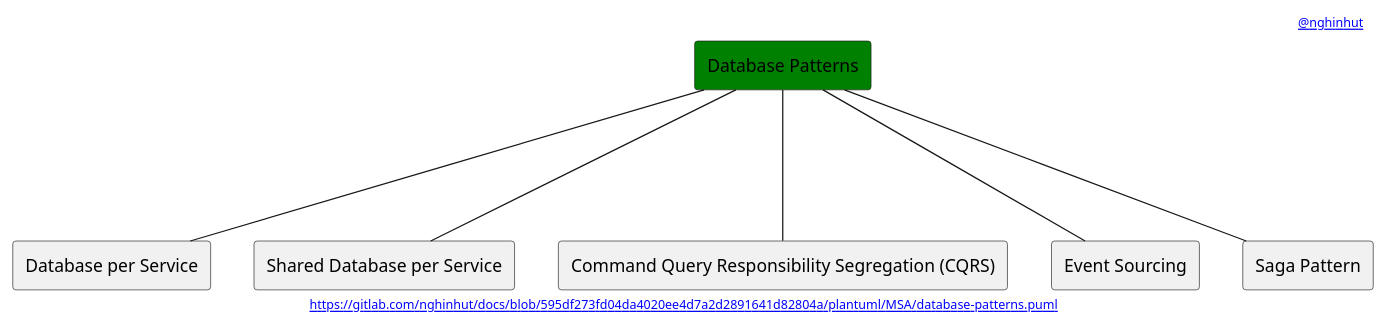
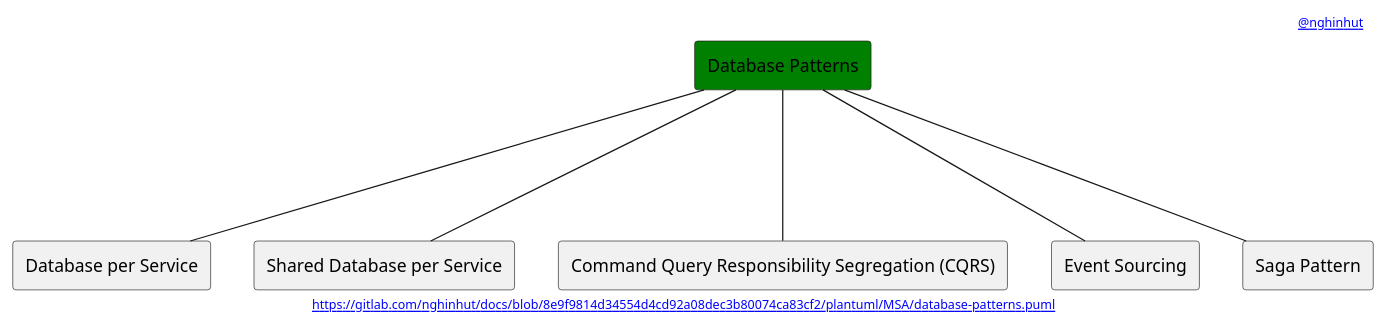
Before and after one commit to nghinhut/docs: the diagram in plantuml/MSA/database-patterns.puml, drawn with PlantUML. The commit also changed 28 other files, not shown here.

```diff
--- a/plantuml/MSA/database-patterns.puml
+++ b/plantuml/MSA/database-patterns.puml
@@ -1,20 +1,20 @@
 @startuml
 '-----START auto generated metadata please keep comment here to allow auto update-----
 '-----DON'T EDIT THIS SECTION, INSTEAD RE-RUN prebuild.sh TO UPDATE-----
-header [[https://www.nghinhut.dev?from=http%5C%3A%5C%2F%5C%2Fwww%5C.plantuml%5C.com%5C%2Fplantuml%5C%2Fproxy%3Ffmt%3Dsvg%5C%26src%3Dhttps%5C%3A%5C%2F%5C%2Fgitlab%5C.com%5C%2Fnghinhut%5C%2Fdocs%5C%2Fraw%5C%2F595df273fd04da4020ee4d7a2d2891641d82804a%5C%2Fplantuml%5C%2FMSA%5C%2Fdatabase-patterns%5C.puml%0A @nghinhut]]
-footer [[http://www.plantuml.com/plantuml/proxy?fmt=svg&src=https://gitlab.com/nghinhut/docs/raw/595df273fd04da4020ee4d7a2d2891641d82804a/plantuml/MSA/database-patterns.puml https://gitlab.com/nghinhut/docs/blob/595df273fd04da4020ee4d7a2d2891641d82804a/plantuml/MSA/database-patterns.puml]]
+header [[https://www.nghinhut.dev?from=http%5C%3A%5C%2F%5C%2Fwww%5C.plantuml%5C.com%5C%2Fplantuml%5C%2Fproxy%3Ffmt%3Dsvg%5C%26src%3Dhttps%5C%3A%5C%2F%5C%2Fgitlab%5C.com%5C%2Fnghinhut%5C%2Fdocs%5C%2Fraw%5C%2F8e9f9814d34554d4cd92a08dec3b80074ca83cf2%5C%2Fplantuml%5C%2FMSA%5C%2Fdatabase-patterns%5C.puml%0A @nghinhut]]
+footer [[http://www.plantuml.com/plantuml/proxy?fmt=svg&src=https://gitlab.com/nghinhut/docs/raw/8e9f9814d34554d4cd92a08dec3b80074ca83cf2/plantuml/MSA/database-patterns.puml https://gitlab.com/nghinhut/docs/blob/8e9f9814d34554d4cd92a08dec3b80074ca83cf2/plantuml/MSA/database-patterns.puml]]
 '-----END auto generated metadata please keep comment here to allow auto update-----
 
 rectangle "Database Patterns" as Database #green
 
 rectangle "Database per Service" as DatabaseP1
 rectangle "Shared Database per Service" as DatabaseP2
 rectangle "Command Query Responsibility Segregation (CQRS)" as DatabaseP3
 rectangle "Event Sourcing" as DatabaseP4
 rectangle "Saga Pattern" as DatabaseP5
 Database --- DatabaseP1
 Database --- DatabaseP2
 Database --- DatabaseP3
 Database --- DatabaseP4
 Database --- DatabaseP5
 @enduml
```
